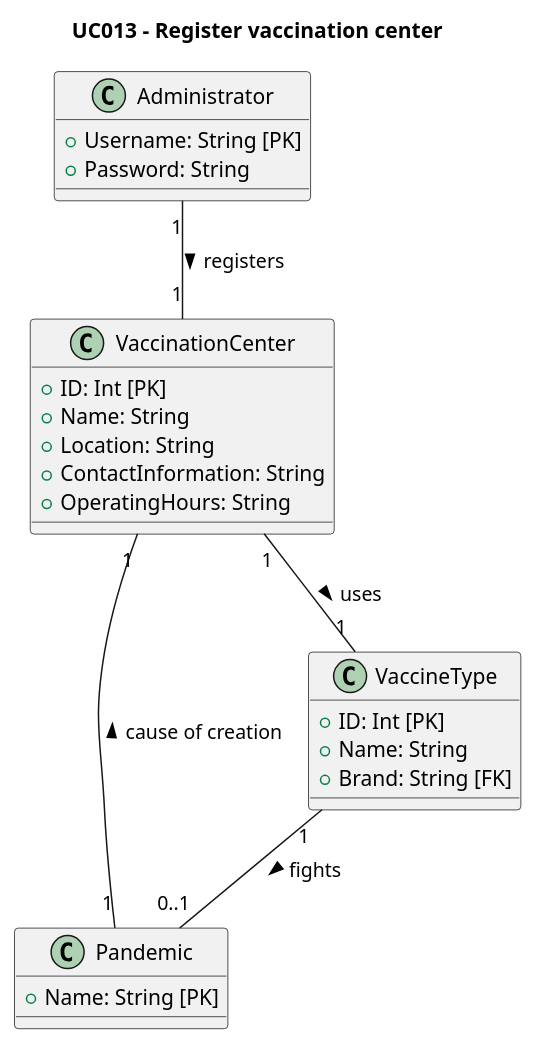
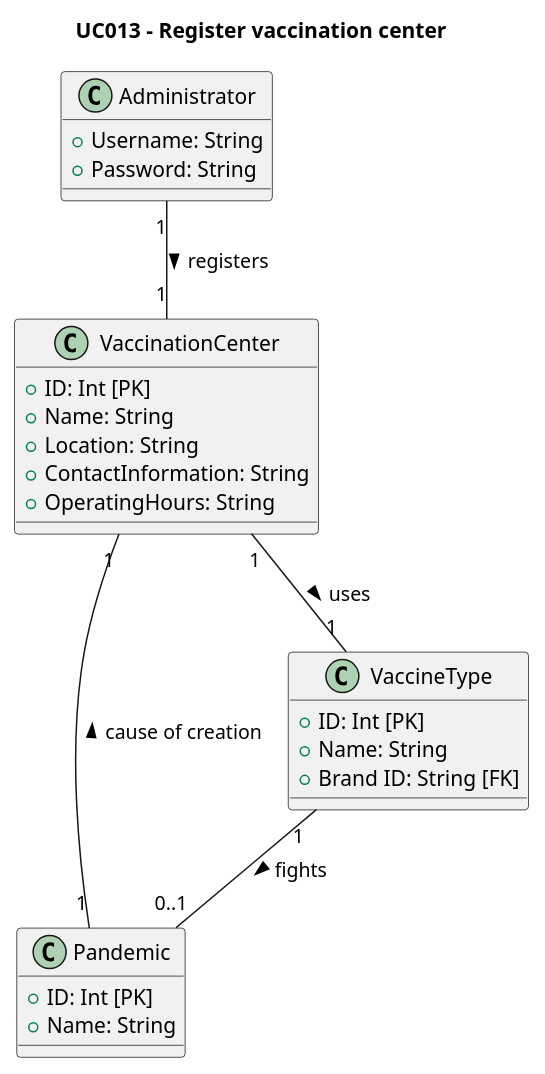
Before and after one commit to rafaafig/SnsTrab: the diagram in sns-base/doc/global/use-cases/UC013/uc-UCD013-DM.puml, drawn with PlantUML. The commit also changed 2 other files, not shown here.

```diff
--- a/sns-base/doc/global/use-cases/UC013/uc-UCD013-DM.puml
+++ b/sns-base/doc/global/use-cases/UC013/uc-UCD013-DM.puml
@@ -1,36 +1,37 @@
 @startuml
 'skinparam monochrome true
 'skinparam shadowing false
 
 title UC013 - Register vaccination center
 
 class Administrator {
-    +Username: String [PK]
+    +Username: String
     +Password: String
 }
 
 class VaccinationCenter {
     +ID: Int [PK]
     +Name: String
     +Location: String
     +ContactInformation: String
     +OperatingHours: String
 }
 
 class Pandemic {
-    +Name: String [PK]
+    +ID: Int [PK]
+    +Name: String
 }
 
 class VaccineType {
     +ID: Int [PK]
     +Name: String
-    +Brand: String [FK]
+    +Brand ID: String [FK]
 }
 
 ' Relationships
 Administrator "1" -- "1" VaccinationCenter : registers >
 VaccinationCenter "1" -- "1" VaccineType : uses >
 VaccineType "1" -- "0..1" Pandemic : fights >
 VaccinationCenter "1" -- "1" Pandemic : cause of creation <
 
 @enduml
```
